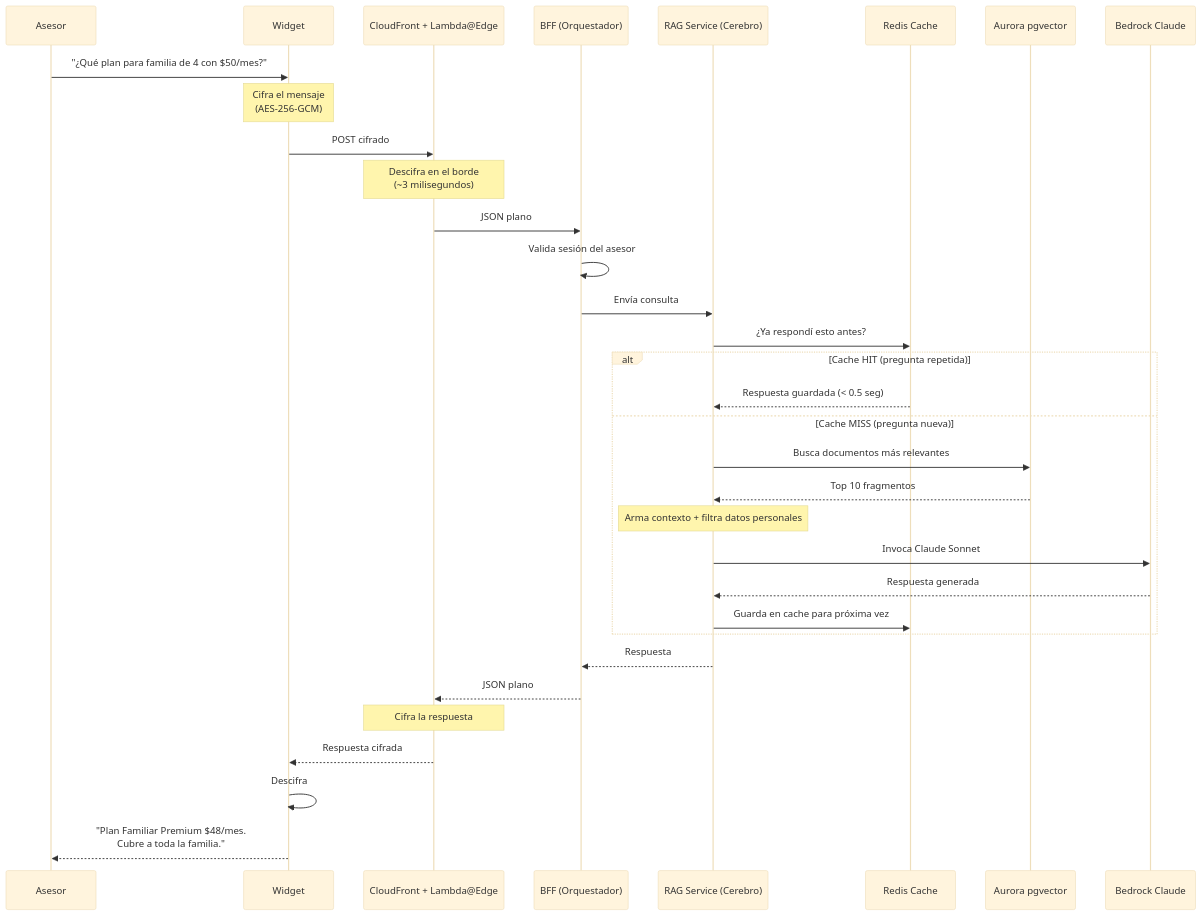
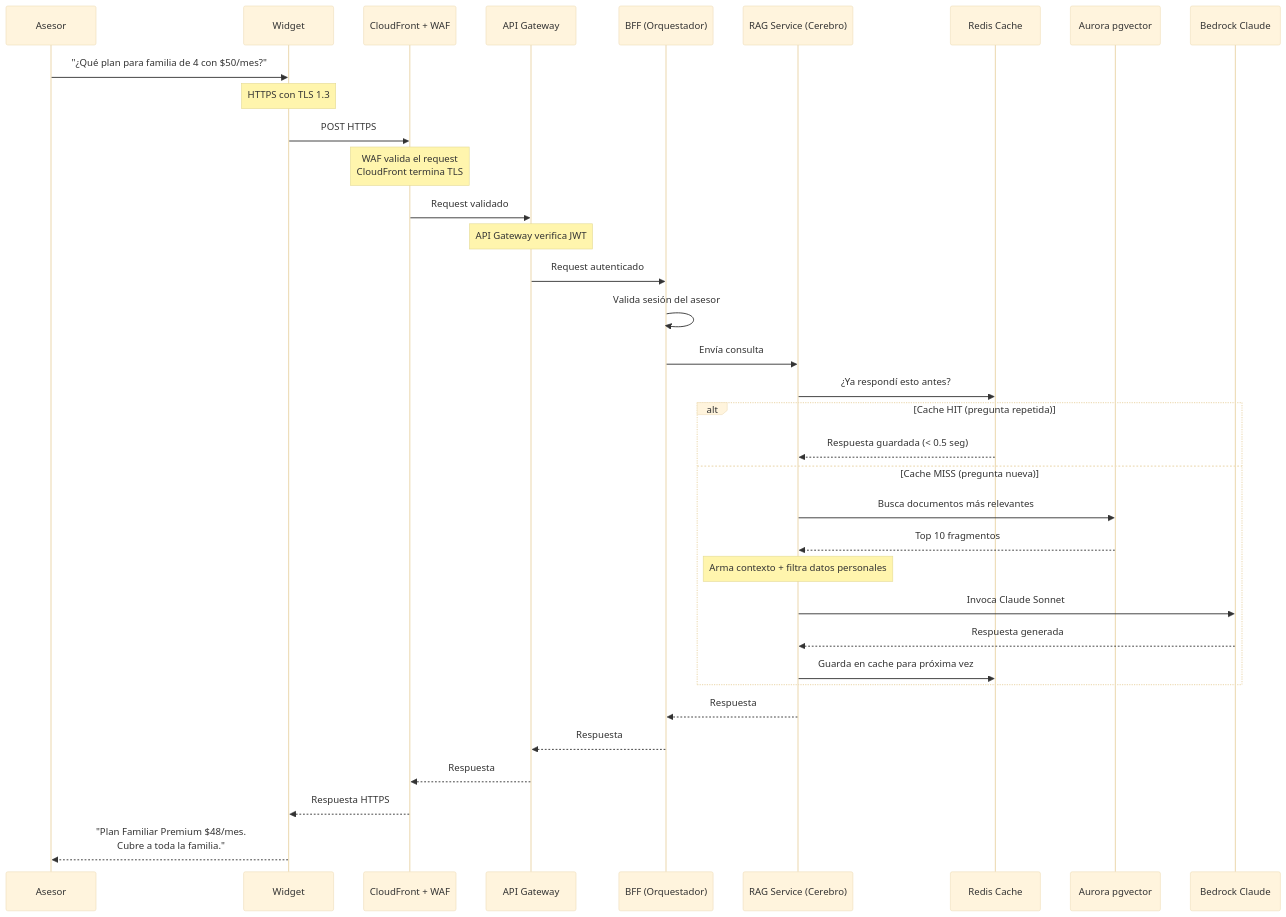
The second of 16 diagrams in docs/presentacion_tecnica.md (johnruedal96/capillas), drawn with Mermaid (base theme) before and after one commit. The commit also changed other lines of this file and 1 other file, not shown here.

````diff
--- a/docs/presentacion_tecnica.md
+++ b/docs/presentacion_tecnica.md
@@ -111,40 +110,41 @@
 ```mermaid
 sequenceDiagram
     participant A as Asesor
     participant W as Widget
-    participant E as CloudFront + Lambda@Edge
+    participant C as CloudFront + WAF
+    participant G as API Gateway
     participant B as BFF (Orquestador)
     participant R as RAG Service (Cerebro)
-    participant C as Redis Cache
+    participant RC as Redis Cache
     participant V as Aurora pgvector
     participant L as Bedrock Claude
 
     A->>W: "¿Qué plan para familia de 4 con $50/mes?"
-    Note over W: Cifra el mensaje<br/>(AES-256-GCM)
-    W->>E: POST cifrado
-    Note over E: Descifra en el borde<br/>(~3 milisegundos)
-    E->>B: JSON plano
+    Note over W: HTTPS con TLS 1.3
+    W->>C: POST HTTPS
+    Note over C: WAF valida el request<br/>CloudFront termina TLS
+    C->>G: Request validado
+    Note over G: API Gateway verifica JWT
+    G->>B: Request autenticado
 
     B->>B: Valida sesión del asesor
     B->>R: Envía consulta
 
-    R->>C: ¿Ya respondí esto antes?
+    R->>RC: ¿Ya respondí esto antes?
     alt Cache HIT (pregunta repetida)
-        C-->>R: Respuesta guardada (< 0.5 seg)
+        RC-->>R: Respuesta guardada (< 0.5 seg)
     else Cache MISS (pregunta nueva)
         R->>V: Busca documentos más relevantes
         V-->>R: Top 10 fragmentos
         Note over R: Arma contexto + filtra datos personales
         R->>L: Invoca Claude Sonnet
         L-->>R: Respuesta generada
-        R->>C: Guarda en cache para próxima vez
+        R->>RC: Guarda en cache para próxima vez
     end
 
     R-->>B: Respuesta
-    B-->>E: JSON plano
-    Note over E: Cifra la respuesta
-    E-->>W: Respuesta cifrada
-
-    W->>W: Descifra
+    B-->>G: Respuesta
+    G-->>C: Respuesta
+    C-->>W: Respuesta HTTPS
     W-->>A: "Plan Familiar Premium $48/mes.<br/>Cubre a toda la familia."
 ```
````
